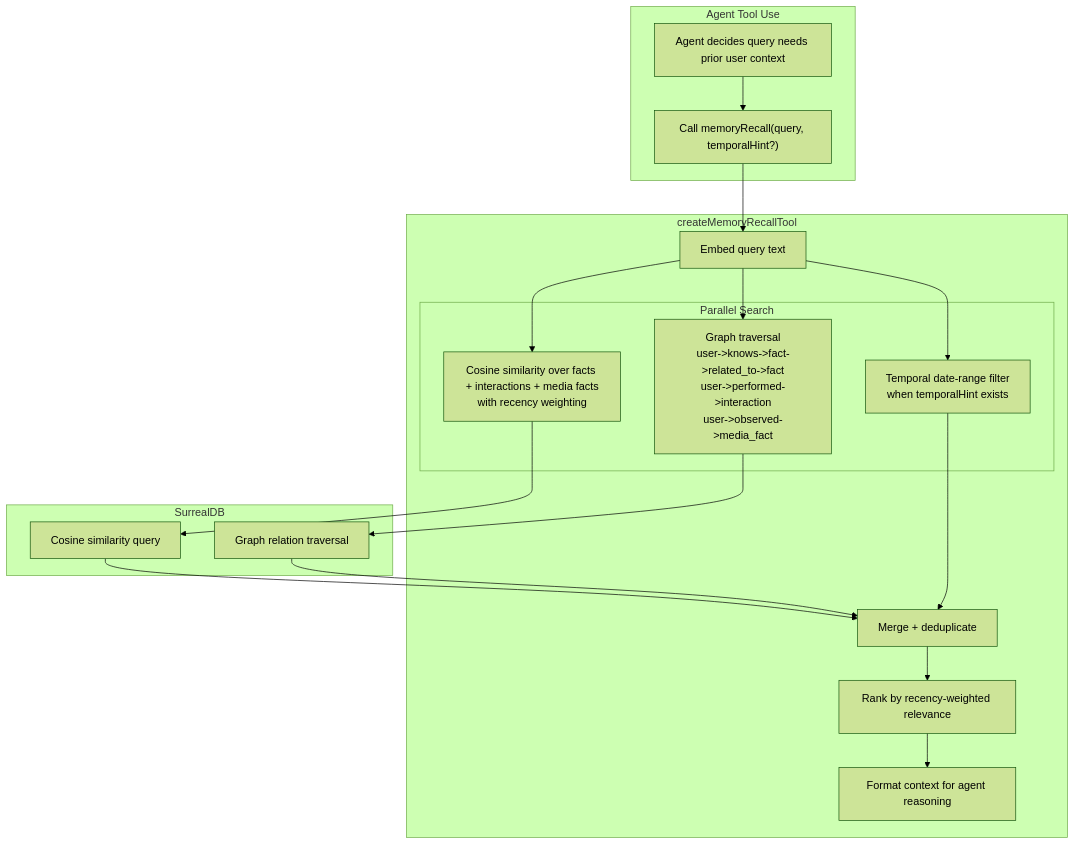
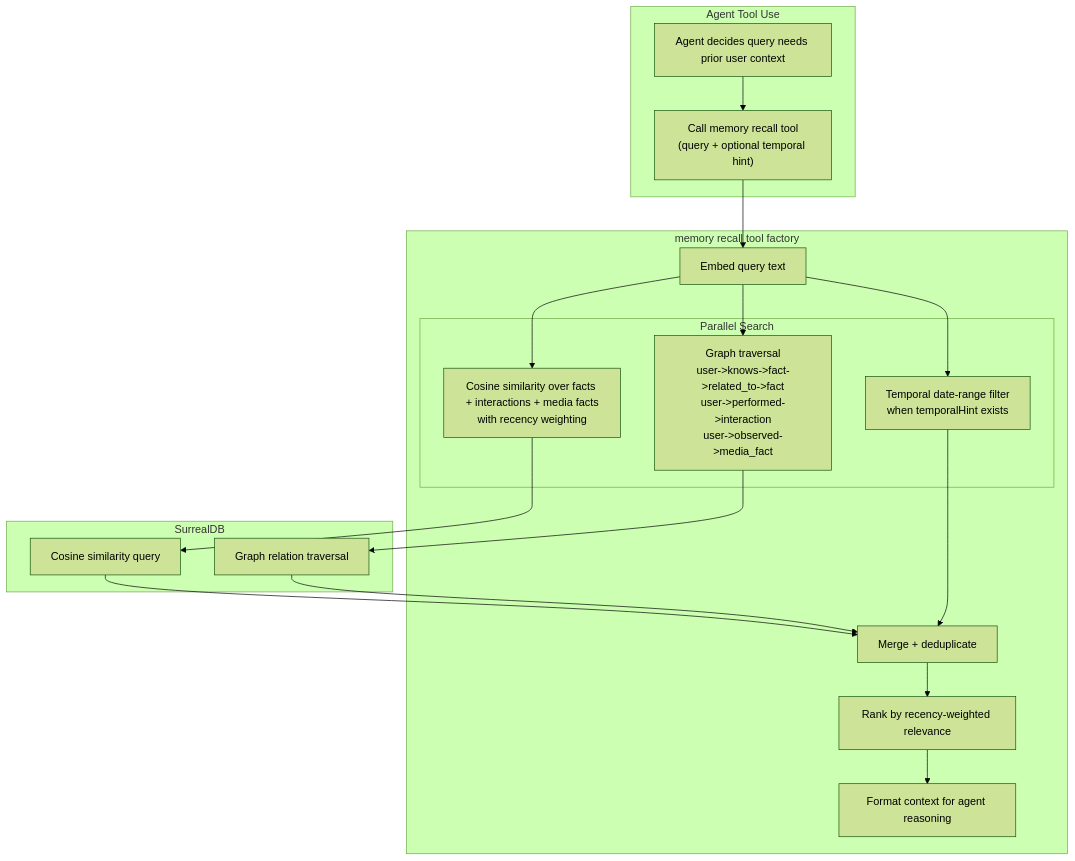
Before and after one commit to 1qh/safeagent: diagram 26 of 34 in plan/07-memory.md, drawn with Mermaid (forest theme). The commit also changed other lines of this file and 18 other files, not shown here.

````diff
--- a/plan/07-memory.md
+++ b/plan/07-memory.md
@@ -1114,35 +1114,35 @@
 ```mermaid
 flowchart TB
     subgraph AGENT_STAGE["Agent Tool Use"]
         TOOL_DECISION["Agent decides query needs prior user context"]
-        TOOL_CALL["Call memoryRecall(query, temporalHint?)"]
+        TOOL_CALL["Call memory recall tool\n(query + optional temporal hint)"]
     end
 
-    subgraph RECALL_PIPELINE["createMemoryRecallTool"]
+    subgraph RECALL_PIPELINE["memory recall tool factory"]
         QUERY_EMBEDDING["Embed query text"]
 
         subgraph PARALLEL_SEARCH["Parallel Search"]
             SEMANTIC_SEARCH["Cosine similarity over facts + interactions + media facts\nwith recency weighting"]
             GRAPH_TRAVERSAL["Graph traversal\nuser->knows->fact->related_to->fact\nuser->performed->interaction\nuser->observed->media_fact"]
             TEMPORAL_FILTER["Temporal date-range filter\nwhen temporalHint exists"]
         end
 
         MERGE_RESULTS["Merge + deduplicate"]
         RANK_RESULTS["Rank by recency-weighted relevance"]
         FORMAT_CONTEXT["Format context for agent reasoning"]
     end
 
     subgraph MEMORY_BACKEND["SurrealDB"]
         VECTOR_QUERY["Cosine similarity query"]
         GRAPH_QUERY["Graph relation traversal"]
     end
 
     TOOL_DECISION --> TOOL_CALL --> QUERY_EMBEDDING
     QUERY_EMBEDDING --> SEMANTIC_SEARCH
     QUERY_EMBEDDING --> GRAPH_TRAVERSAL
     QUERY_EMBEDDING --> TEMPORAL_FILTER
     SEMANTIC_SEARCH --> VECTOR_QUERY --> MERGE_RESULTS
     GRAPH_TRAVERSAL --> GRAPH_QUERY --> MERGE_RESULTS
     TEMPORAL_FILTER --> MERGE_RESULTS
     MERGE_RESULTS --> RANK_RESULTS --> FORMAT_CONTEXT
 ```
````
